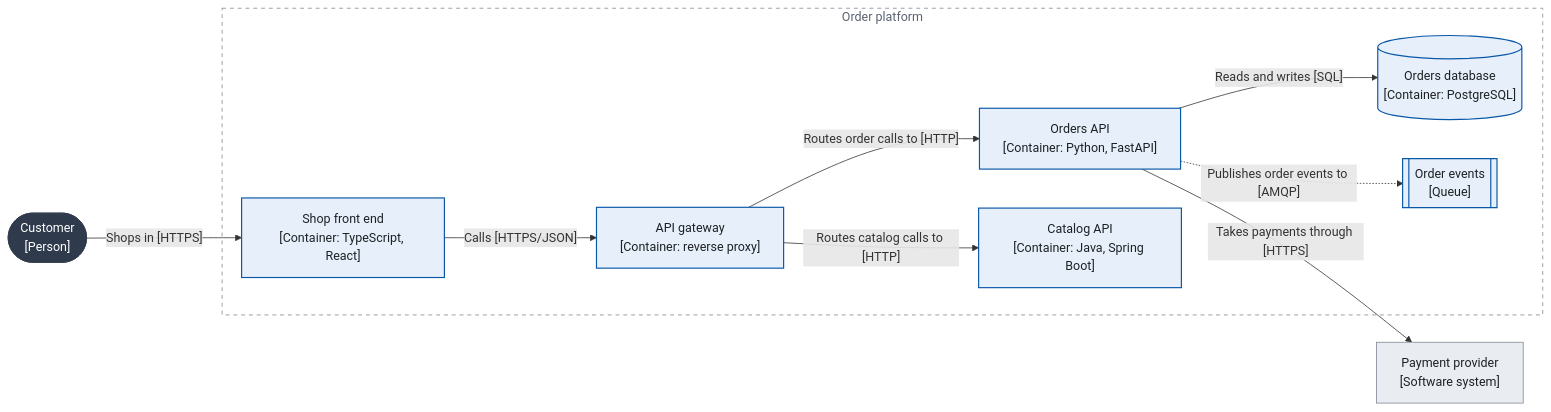
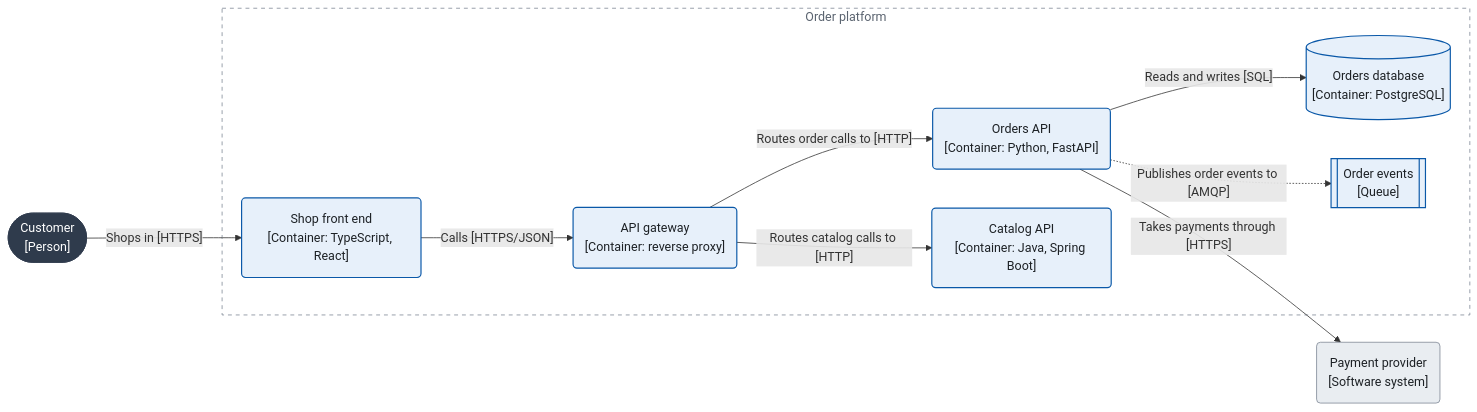
Before and after one commit to julimonte03/exo-harness: the second of 4 diagrams in content/packs/design/skills/architecture-diagram-designer/references/c4-templates.md, drawn with Mermaid. The commit also changed other lines of this file and 13 other files, not shown here.

````diff
--- a/content/packs/design/skills/architecture-diagram-designer/references/c4-templates.md
+++ b/content/packs/design/skills/architecture-diagram-designer/references/c4-templates.md
@@ -40,39 +40,39 @@
 ```mermaid
 %% exo-style: neutral
 flowchart LR
     accTitle: Two APIs behind one gateway serve the shop front end
     accDescr: Customers use the shop front end, which calls the API gateway. The gateway routes to the Orders API and the Catalog API. The Orders API stores orders in its database, takes payments through the payment provider and publishes order events.
 
     customer(["Customer<br/>[Person]"])
     subgraph platform["Order platform"]
         %% [Code] services/web/package.json:5
-        web["Shop front end<br/>[Container: TypeScript, React]"]
+        web("Shop front end<br/>[Container: TypeScript, React]")
         %% [Code] deploy/gateway/routes.yaml:3
-        gateway["API gateway<br/>[Container: reverse proxy]"]
+        gateway("API gateway<br/>[Container: reverse proxy]")
         %% [Code] services/orders/pyproject.toml:8
-        orders["Orders API<br/>[Container: Python, FastAPI]"]
+        orders("Orders API<br/>[Container: Python, FastAPI]")
         %% [Code] services/catalog/pom.xml:12
-        catalog["Catalog API<br/>[Container: Java, Spring Boot]"]
+        catalog("Catalog API<br/>[Container: Java, Spring Boot]")
         %% [Code] services/orders/app/db.py:9 (ORDERS_DB_URL)
         ordersdb[("Orders database<br/>[Container: PostgreSQL]")]
         %% [Code] services/orders/app/events.py:12
         events[["Order events<br/>[Queue]"]]
     end
-    payments["Payment provider<br/>[Software system]"]
+    payments("Payment provider<br/>[Software system]")
 
     customer -->|"Shops in [HTTPS]"| web
     web -->|"Calls [HTTPS/JSON]"| gateway
     gateway -->|"Routes order calls to [HTTP]"| orders
     gateway -->|"Routes catalog calls to [HTTP]"| catalog
     orders -->|"Reads and writes [SQL]"| ordersdb
     orders -->|"Takes payments through [HTTPS]"| payments
     orders -.->|"Publishes order events to [AMQP]"| events
 
     classDef inner fill:#e7f0fa,stroke:#0a58a8,color:#1d2125,stroke-width:1.5px
     classDef person fill:#2f3b4c,stroke:#2f3b4c,color:#ffffff
     classDef external fill:#e9edf1,stroke:#7d8794,color:#1d2125
     class web,gateway,orders,catalog,ordersdb,events inner
     class customer person
     class payments external
     style platform fill:#ffffff,stroke:#7d8794,stroke-dasharray:5 5,color:#5b6470
 ```
````
